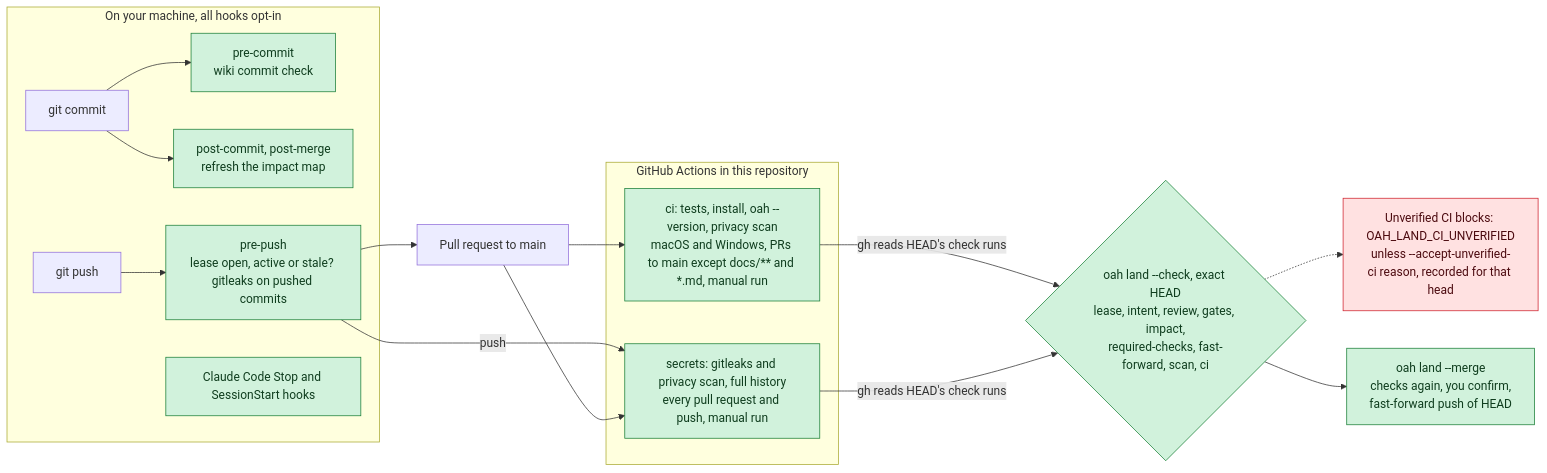
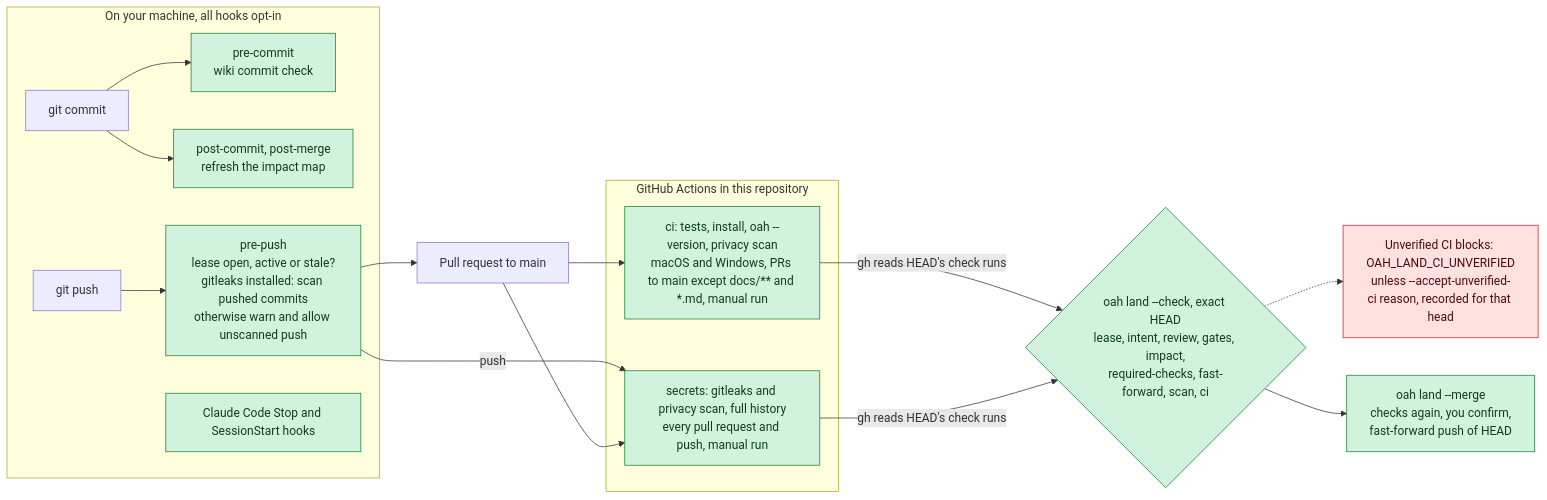
The sixth of 6 diagrams in docs/concepts.md (KenSuh/open-agent-harness), drawn with Mermaid before and after one commit. The commit also changed other lines of this file and 2 other files, not shown here.

First line of the commit message:
docs: correct preflight, pre-push, impact refresh and re-ranker paths (review R1)

````diff
--- a/docs/concepts.md
+++ b/docs/concepts.md
@@ -388,39 +391,39 @@
 ```mermaid
 flowchart LR
     subgraph local["On your machine, all hooks opt-in"]
         gcommit["git commit"]
         pc["pre-commit<br/>wiki commit check"]
         post["post-commit, post-merge<br/>refresh the impact map"]
         gpush["git push"]
-        pp["pre-push<br/>lease open, active or stale? gitleaks on pushed commits"]
+        pp["pre-push<br/>lease open, active or stale?<br/>gitleaks installed: scan pushed commits<br/>otherwise warn and allow unscanned push"]
         cc["Claude Code Stop and SessionStart hooks"]
     end
 
     pr["Pull request to main"]
 
     subgraph actions["GitHub Actions in this repository"]
         tests["ci: tests, install, oah --version, privacy scan<br/>macOS and Windows, PRs to main except docs/** and *.md, manual run"]
         secrets["secrets: gitleaks and privacy scan, full history<br/>every pull request and push, manual run"]
     end
 
     land{"oah land --check, exact HEAD<br/>lease, intent, review, gates, impact,<br/>required-checks, fast-forward, scan, ci"}
     exc["Unverified CI blocks: OAH_LAND_CI_UNVERIFIED<br/>unless --accept-unverified-ci reason, recorded for that head"]
     landed["oah land --merge<br/>checks again, you confirm,<br/>fast-forward push of HEAD"]
 
     gcommit --> pc
     gcommit --> post
     gpush --> pp
     pp -->|"push"| secrets
     pp --> pr
     pr --> tests
     pr --> secrets
     tests -->|"gh reads HEAD's check runs"| land
     secrets -->|"gh reads HEAD's check runs"| land
     land -.-> exc
     land --> landed
 
     classDef avail fill:#d1f2dc,stroke:#1a7f37,color:#0f3d1e
     classDef stop fill:#ffe1e1,stroke:#cf222e,color:#4c0a0f
     class tests,secrets,post,pp,pc,cc,land,landed avail
     class exc stop
 ```
````
